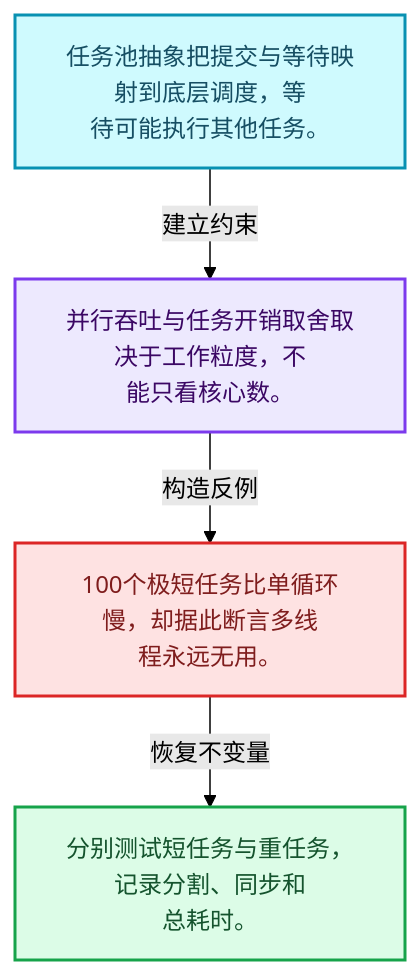
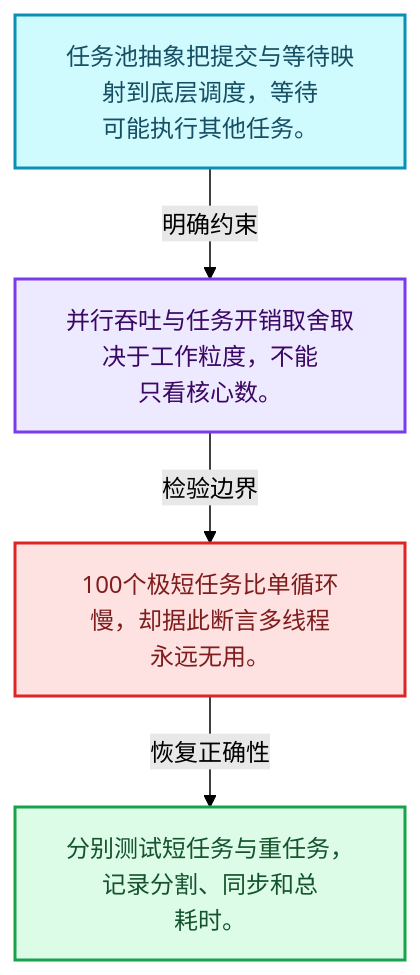
Before and after one commit to yunkezengren/blender-.vscode: the first of 4 diagrams in 杂/markdown/全面学习-codex/11-Depsgraph与并行任务系统/07-任务池与TBB接入.md, drawn with Mermaid (forest theme). The commit also changed other lines of this file and 1930 other files, not shown here.

````diff
--- a/杂/markdown/全面学习-codex/11-Depsgraph与并行任务系统/07-任务池与TBB接入.md
+++ b/杂/markdown/全面学习-codex/11-Depsgraph与并行任务系统/07-任务池与TBB接入.md
@@ -29,16 +29,16 @@
 ```mermaid
 flowchart TB
-  M["任务池抽象把提交与等待映射到底层调度，等<br/>待可能执行其他任务。"]:::data
-  T["并行吞吐与任务开销取舍取决于工作粒度，不<br/>能只看核心数。"]:::abstraction
-  X["100个极短任务比单循环慢，却据此断言多线<br/>程永远无用。"]:::error
-  A["分别测试短任务与重任务，记录分割、同步和<br/>总耗时。"]:::result
-  M -->|"建立约束"| T
-  T -->|"构造反例"| X
-  X -->|"恢复不变量"| A
+  M["任务池抽象把提交与等待映射到底层调度，等待<br/>可能执行其他任务。"]:::data
+  C["并行吞吐与任务开销取舍取决于工作粒度，不能<br/>只看核心数。"]:::abstraction
+  B["100个极短任务比单循环慢，却据此断言多线程<br/>永远无用。"]:::error
+  R["分别测试短任务与重任务，记录分割、同步和总<br/>耗时。"]:::result
+  M -->|"明确约束"| C
+  C -->|"检验边界"| B
+  B -->|"恢复正确性"| R
   classDef input fill:#DBEAFE,stroke:#2563EB,color:#172554,stroke-width:2px;
   classDef data fill:#CFFAFE,stroke:#0891B2,color:#164E63,stroke-width:2px;
   classDef abstraction fill:#EDE9FE,stroke:#7C3AED,color:#3B0764,stroke-width:2px;
   classDef compute fill:#FEF3C7,stroke:#D97706,color:#78350F,stroke-width:2px;
   classDef result fill:#DCFCE7,stroke:#16A34A,color:#14532D,stroke-width:2px;
   classDef error fill:#FEE2E2,stroke:#DC2626,color:#7F1D1D,stroke-width:2px;
 ```
````
